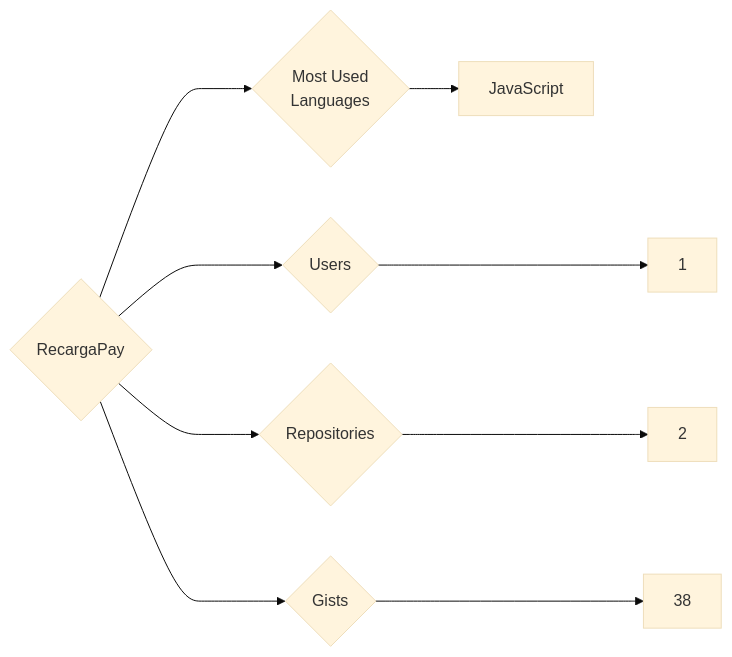
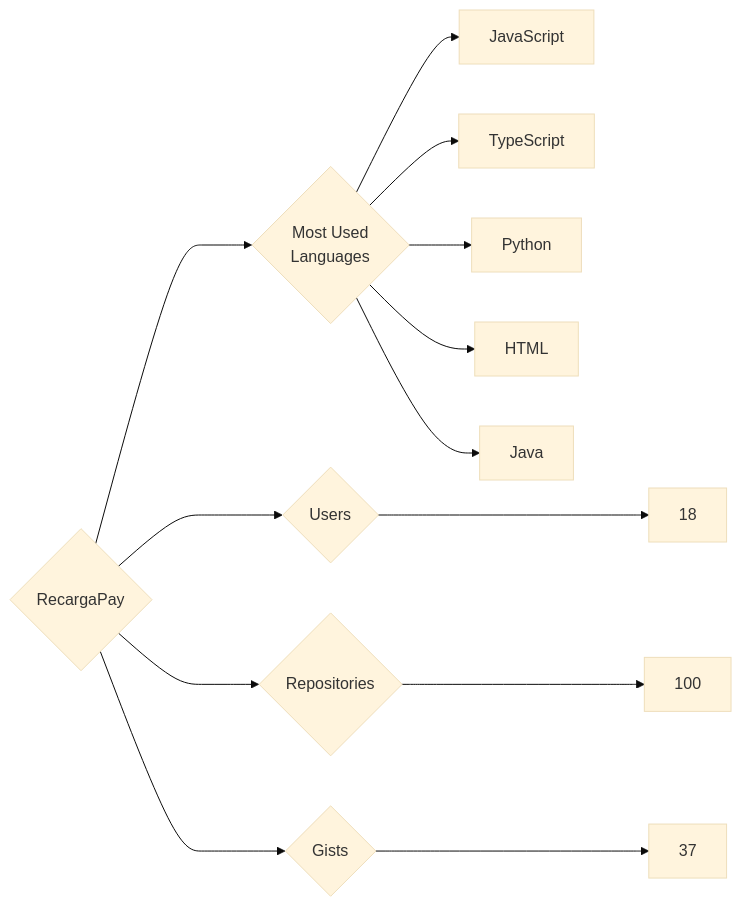
One commit to trickest/insiders changed the diagram in targets/RecargaPay/README.md. Above: the diagram before and after it, drawn with Mermaid (base theme). The commit also changed 695 other files, not shown here.

````diff
--- a/targets/RecargaPay/README.md
+++ b/targets/RecargaPay/README.md
@@ -3,9 +3,13 @@
 ```mermaid
 graph LR
 COMPANY_NAME{RecargaPay}
-COMPANY_NAME ---> U{Users} ---> UN[1]
-COMPANY_NAME ---> R{Repositories} ---> RN[2]
-COMPANY_NAME ---> G{Gists} ---> GN[38]
+COMPANY_NAME ---> U{Users} ---> UN[18]
+COMPANY_NAME ---> R{Repositories} ---> RN[100]
+COMPANY_NAME ---> G{Gists} ---> GN[37]
 COMPANY_NAME ---> ML{Most Used<br>Languages}
 ML --> JavaScript[JavaScript]
+ML --> TypeScript[TypeScript]
+ML --> Python[Python]
+ML --> HTML[HTML]
+ML --> Java[Java]
 ```
````
